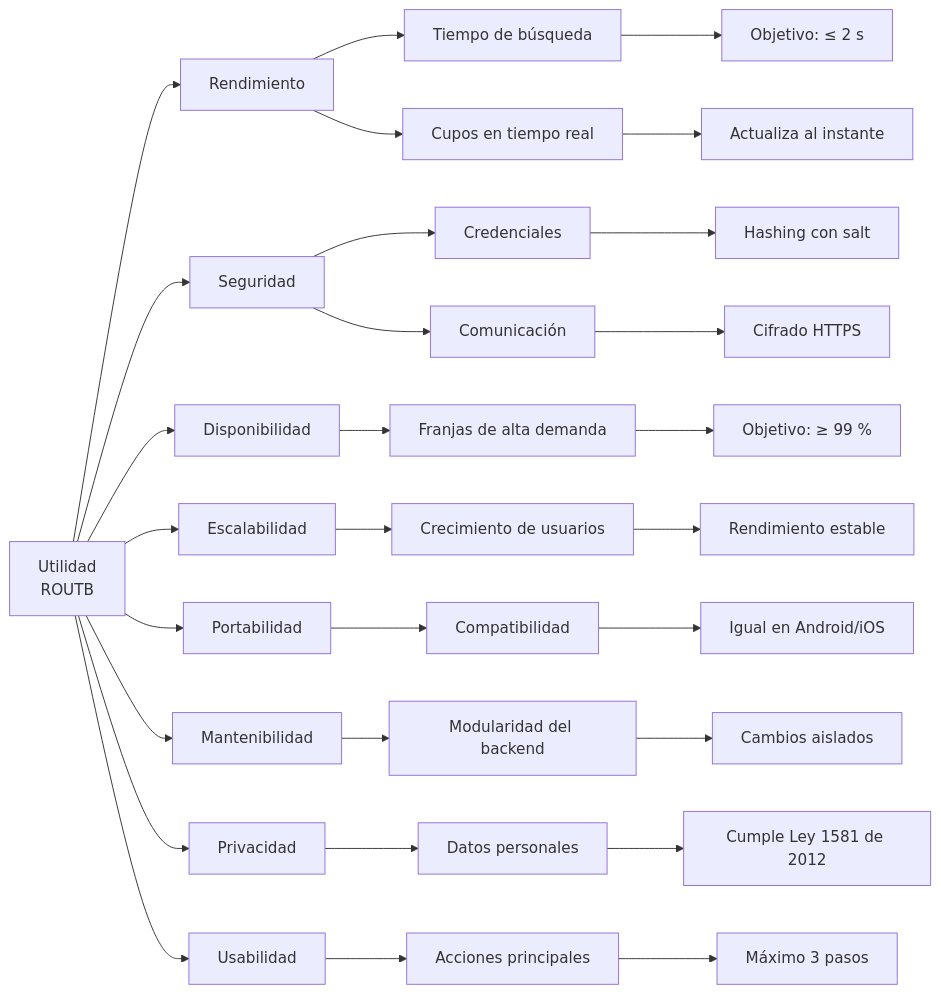
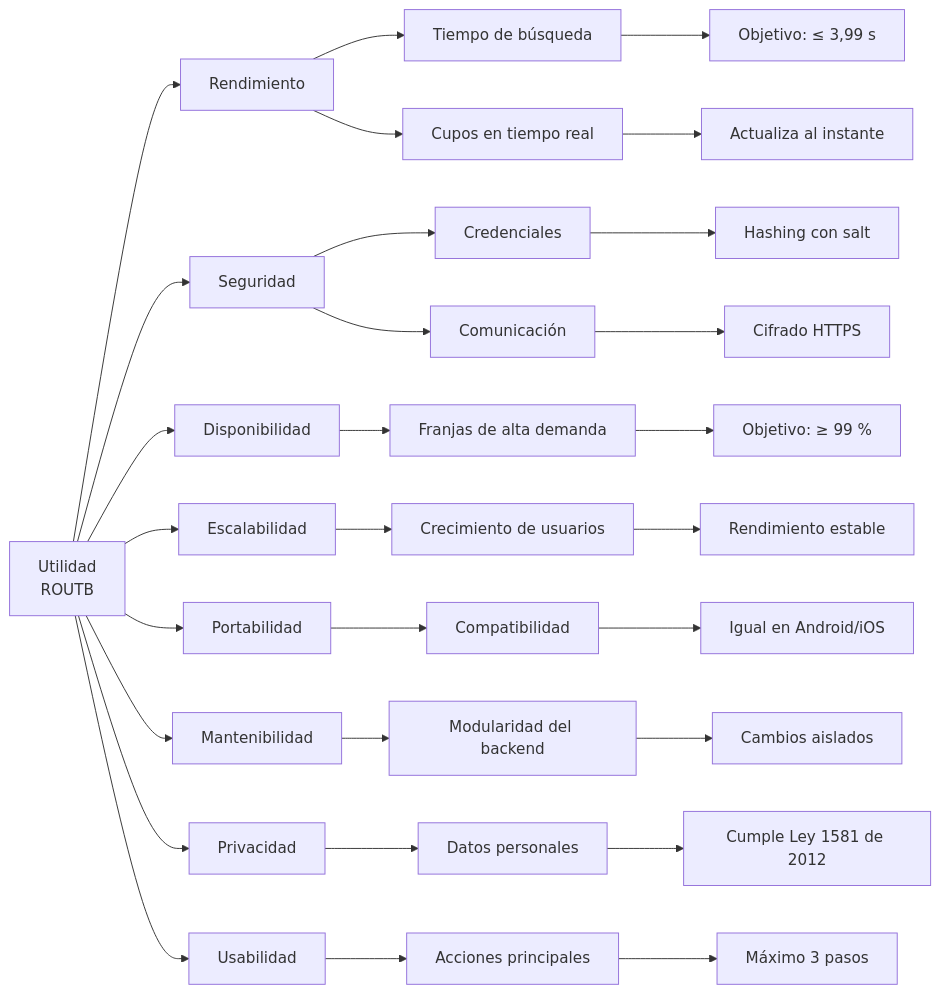
Before and after one commit to ISCOUTB/AS_202620_ROUTB: the diagram in docs/arc42/10_requisitos_de_calidad.md, drawn with Mermaid. The commit also changed 4 other files, not shown here.

````diff
--- a/docs/arc42/10_requisitos_de_calidad.md
+++ b/docs/arc42/10_requisitos_de_calidad.md
@@ -10,50 +10,50 @@
 ```mermaid
 flowchart LR
     U["Utilidad<br/>ROUTB"]
 
     REND["Rendimiento"]
     SEG["Seguridad"]
     DISP["Disponibilidad"]
     ESC["Escalabilidad"]
     POR["Portabilidad"]
     MANT["Mantenibilidad"]
     PRIV["Privacidad"]
     USA["Usabilidad"]
 
     U --> REND
     U --> SEG
     U --> DISP
     U --> ESC
     U --> POR
     U --> MANT
     U --> PRIV
     U --> USA
 
     REND --> REND1["Tiempo de búsqueda"]
-    REND1 --> REND1O["Objetivo: ≤ 2 s"]
+    REND1 --> REND1O["Objetivo: ≤ 3,99 s"]
     REND --> REND2["Cupos en tiempo real"]
     REND2 --> REND2O["Actualiza al instante"]
 
     SEG --> SEG1["Credenciales"]
     SEG1 --> SEG1O["Hashing con salt"]
     SEG --> SEG2["Comunicación"]
     SEG2 --> SEG2O["Cifrado HTTPS"]
 
     DISP --> DISP1["Franjas de alta demanda"]
     DISP1 --> DISP1O["Objetivo: ≥ 99 %"]
 
     ESC --> ESC1["Crecimiento de usuarios"]
     ESC1 --> ESC1O["Rendimiento estable"]
 
     POR --> POR1["Compatibilidad"]
     POR1 --> POR1O["Igual en Android/iOS"]
 
     MANT --> MANT1["Modularidad del backend"]
     MANT1 --> MANT1O["Cambios aislados"]
 
     PRIV --> PRIV1["Datos personales"]
     PRIV1 --> PRIV1O["Cumple Ley 1581 de 2012"]
 
     USA --> USA1["Acciones principales"]
     USA1 --> USA1O["Máximo 3 pasos"]
 ```
````
